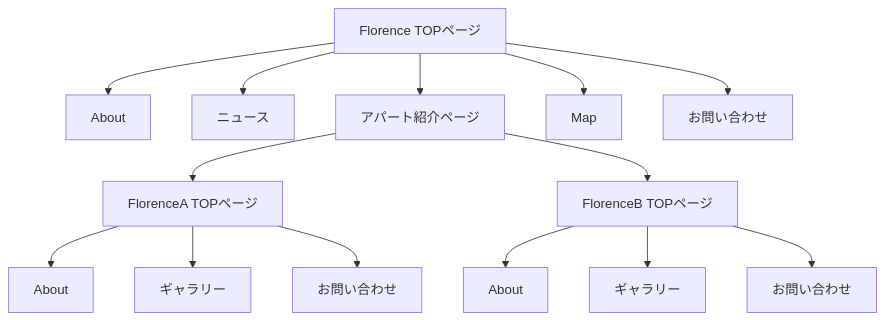
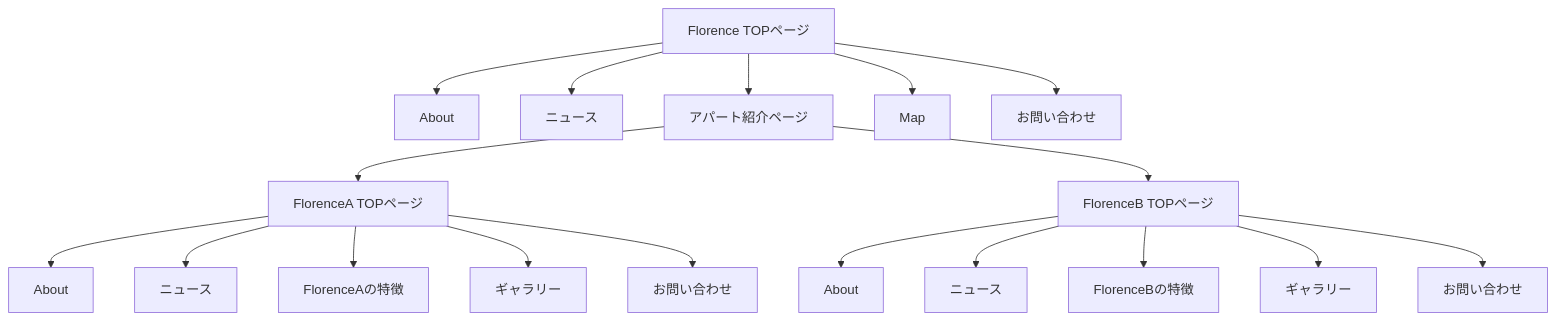
The diagram in README.md (pau12377/Florence), drawn with Mermaid before and after one commit. The commit also changed other lines of this file, not shown here.

````diff
--- a/README.md
+++ b/README.md
@@ -22,37 +48,43 @@
 ```mermaid
   graph TD;
   A[FlorenceA TOPページ]
+  S[ニュース]
   B[About]
+  C[FlorenceAの特徴]
   D[ギャラリー]
   F[お問い合わせ]
 
   G[FlorenceB TOPページ]
+  T[ニュース]
+  R[FlorenceBの特徴]
   H[About]
   J[ギャラリー]
   L[お問い合わせ]
 
   M[Florence TOPページ]
   N[About]
   I[ニュース]
   Q[アパート紹介ページ]
   O[Map]
   P[お問い合わせ]
-  
-
 
       A-->B;
+      A-->S;
+      A-->C;
       A-->D;
       A-->F;
-      
+
       G-->H;
+      G-->T;
+      G-->R;
       G-->J;
       G-->L;
 
       M-->Q;
       M-->N;
       M-->I;
       M-->O;
       M-->P;
       Q-->A;
       Q-->G;
 ```
````
